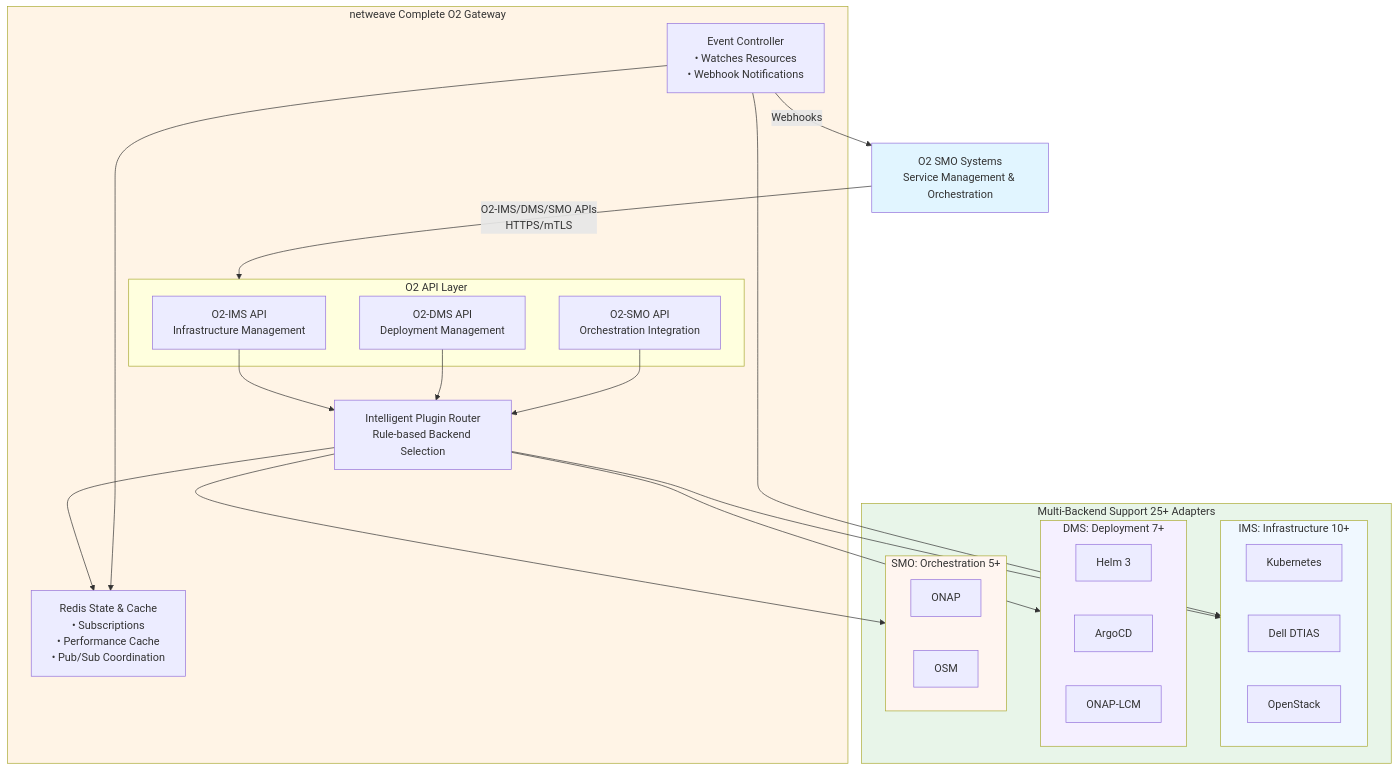
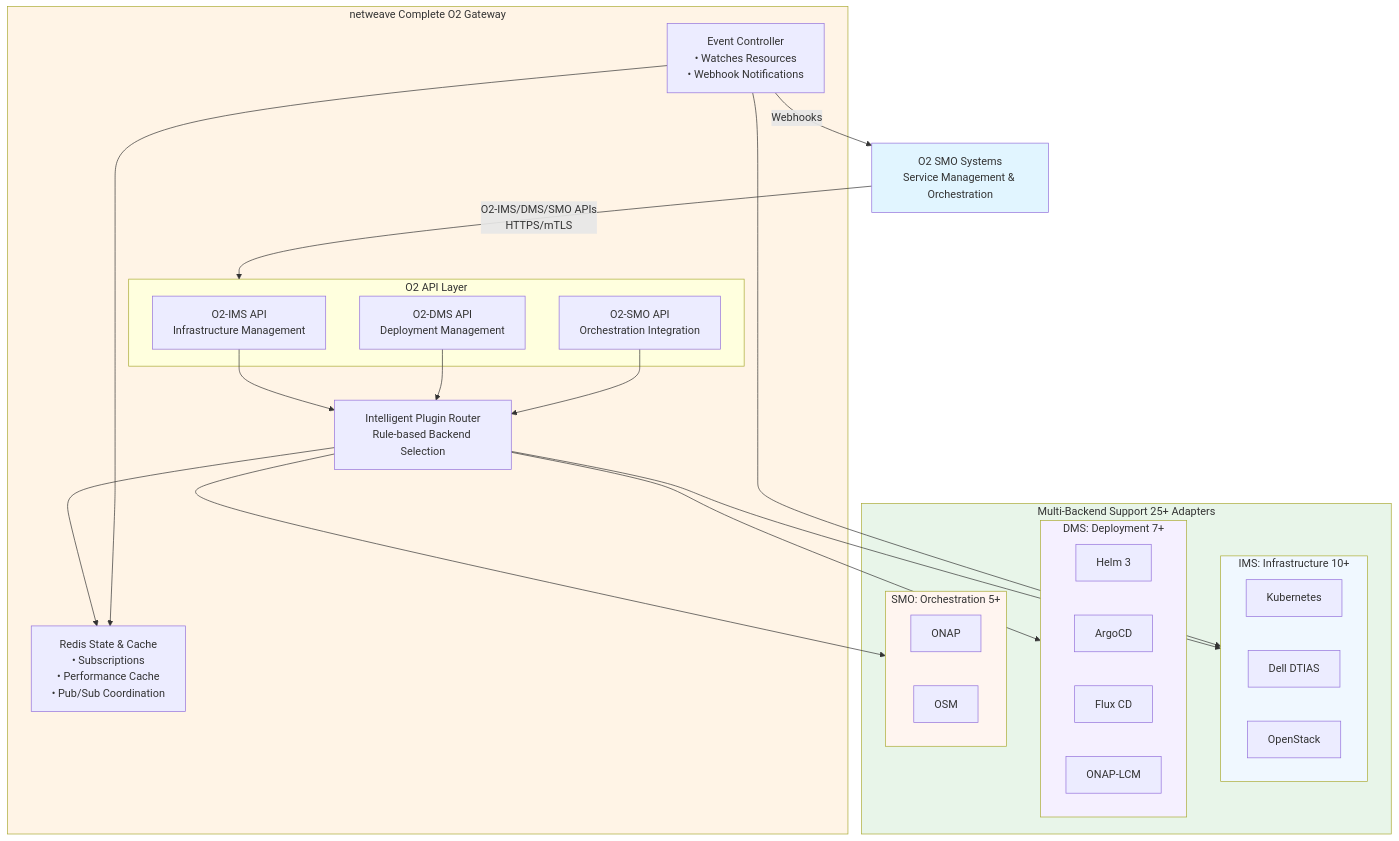
The diagram in README.md (piwi3910/netweave), drawn with Mermaid before and after one commit. The commit also changed other lines of this file and 3 other files, not shown here.

````diff
--- a/README.md
+++ b/README.md
@@ -70,56 +70,57 @@
 ```mermaid
 graph TB
     SMO[O2 SMO Systems<br/>Service Management & Orchestration]
 
     subgraph Gateway [netweave Complete O2 Gateway]
         subgraph APIs [O2 API Layer]
             IMS[O2-IMS API<br/>Infrastructure Management]
             DMS[O2-DMS API<br/>Deployment Management]
             SMO_API[O2-SMO API<br/>Orchestration Integration]
         end
 
         Router[Intelligent Plugin Router<br/>Rule-based Backend Selection]
         Redis[Redis State & Cache<br/>• Subscriptions<br/>• Performance Cache<br/>• Pub/Sub Coordination]
         CTRL[Event Controller<br/>• Watches Resources<br/>• Webhook Notifications]
     end
 
     subgraph Backends [Multi-Backend Support 25+ Adapters]
         subgraph IMS_Backends [IMS: Infrastructure 10+]
             K8s[Kubernetes]
             DTIAS[Dell DTIAS]
             OS[OpenStack]
         end
 
         subgraph DMS_Backends [DMS: Deployment 7+]
             Helm[Helm 3]
             Argo[ArgoCD]
+            Flux[Flux CD]
             ONAP_LCM[ONAP-LCM]
         end
 
         subgraph SMO_Backends [SMO: Orchestration 5+]
             ONAP[ONAP]
             OSM[OSM]
         end
     end
 
     SMO -->|O2-IMS/DMS/SMO APIs<br/>HTTPS/mTLS| APIs
     IMS --> Router
     DMS --> Router
     SMO_API --> Router
 
     Router --> Redis
     Router --> IMS_Backends
     Router --> DMS_Backends
     Router --> SMO_Backends
 
     CTRL --> Redis
     CTRL --> IMS_Backends
     CTRL -->|Webhooks| SMO
 
     style SMO fill:#e1f5ff
     style Gateway fill:#fff4e6
     style Backends fill:#e8f5e9
     style IMS_Backends fill:#f0f8ff
     style DMS_Backends fill:#f5f0ff
     style SMO_Backends fill:#fff5f0
 ```
````
